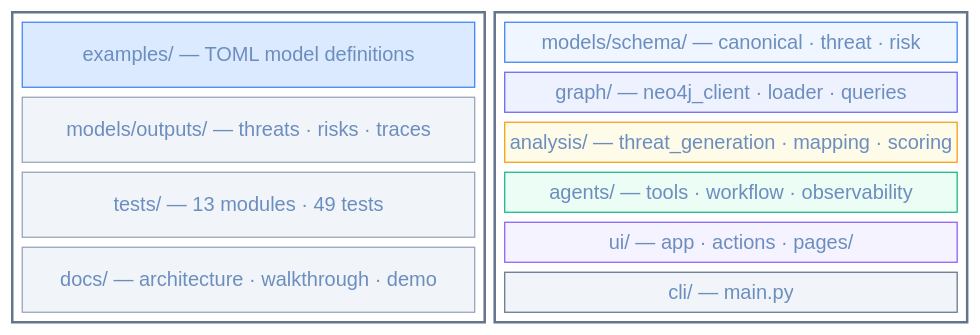
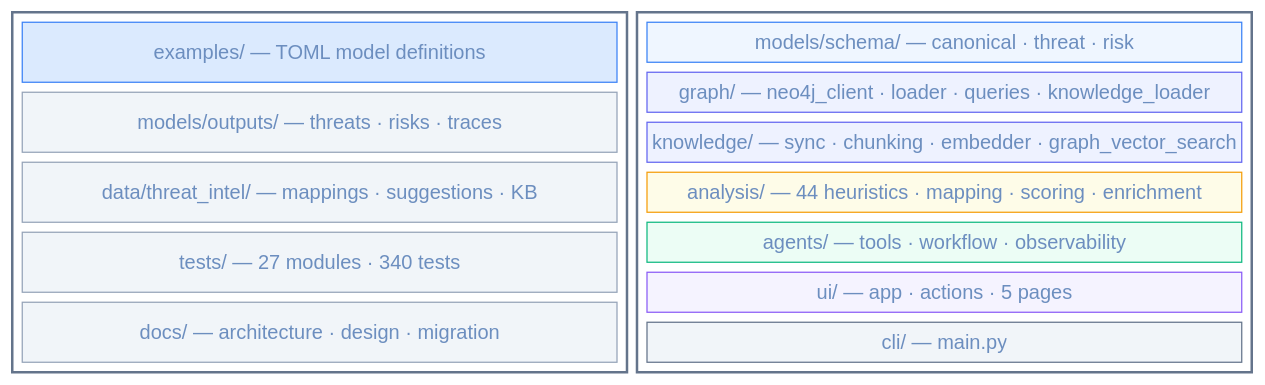
One commit to zencodeai/ai-threatforge changed the diagram in docs/diagrams/project_structure.mmd. Above: the diagram before and after it, drawn with Mermaid. The commit also changed 13 other files, not shown here.

First line of the commit message:
docs: update README, architecture, diagrams for GraphRAG and 44-heuristic state

```diff
--- a/docs/diagrams/project_structure.mmd
+++ b/docs/diagrams/project_structure.mmd
@@ -1,37 +1,41 @@
 ---
 title: Project Layout
 ---
 %%{init: {'theme': 'base', 'themeVariables': {'lineColor': '#6c8ebf', 'primaryTextColor': '#6c8ebf', 'titleColor': '#6c8ebf', 'fontSize': '16px'}}}%%
 block-beta
     columns 2
 
     block:rootdir:1
         columns 1
         ex["examples/ — TOML model definitions"]
         outputs["models/outputs/ — threats · risks · traces"]
-        tests["tests/ — 13 modules · 49 tests"]
-        docs["docs/ — architecture · walkthrough · demo"]
+        data["data/threat_intel/ — mappings · suggestions · KB"]
+        tests["tests/ — 27 modules · 340 tests"]
+        docs["docs/ — architecture · design · migration"]
     end
 
     block:srcdir:1
         columns 1
         schema["models/schema/ — canonical · threat · risk"]
-        graphpkg["graph/ — neo4j_client · loader · queries"]
-        analysis["analysis/ — threat_generation · mapping · scoring"]
+        graphpkg["graph/ — neo4j_client · loader · queries · knowledge_loader"]
+        knowledge["knowledge/ — sync · chunking · embedder · graph_vector_search"]
+        analysis["analysis/ — 44 heuristics · mapping · scoring · enrichment"]
         agents["agents/ — tools · workflow · observability"]
-        ui["ui/ — app · actions · pages/"]
+        ui["ui/ — app · actions · 5 pages"]
         cli["cli/ — main.py"]
     end
 
     style rootdir fill:none,stroke:#64748b,stroke-width:2px
     style srcdir fill:none,stroke:#64748b,stroke-width:2px
     style ex fill:#dbeafe,stroke:#3b82f6,color:#1e40af
     style outputs fill:#f1f5f9,stroke:#94a3b8,color:#475569
+    style data fill:#f1f5f9,stroke:#94a3b8,color:#475569
     style tests fill:#f1f5f9,stroke:#94a3b8,color:#475569
     style docs fill:#f1f5f9,stroke:#94a3b8,color:#475569
     style schema fill:#eff6ff,stroke:#3b82f6,color:#1e40af
     style graphpkg fill:#eef2ff,stroke:#6366f1,color:#3730a3
+    style knowledge fill:#eef2ff,stroke:#6366f1,color:#3730a3
     style analysis fill:#fefce8,stroke:#f59e0b,color:#92400e
     style agents fill:#ecfdf5,stroke:#10b981,color:#065f46
     style ui fill:#f5f3ff,stroke:#8b5cf6,color:#5b21b6
     style cli fill:#f1f5f9,stroke:#64748b,color:#334155
```
